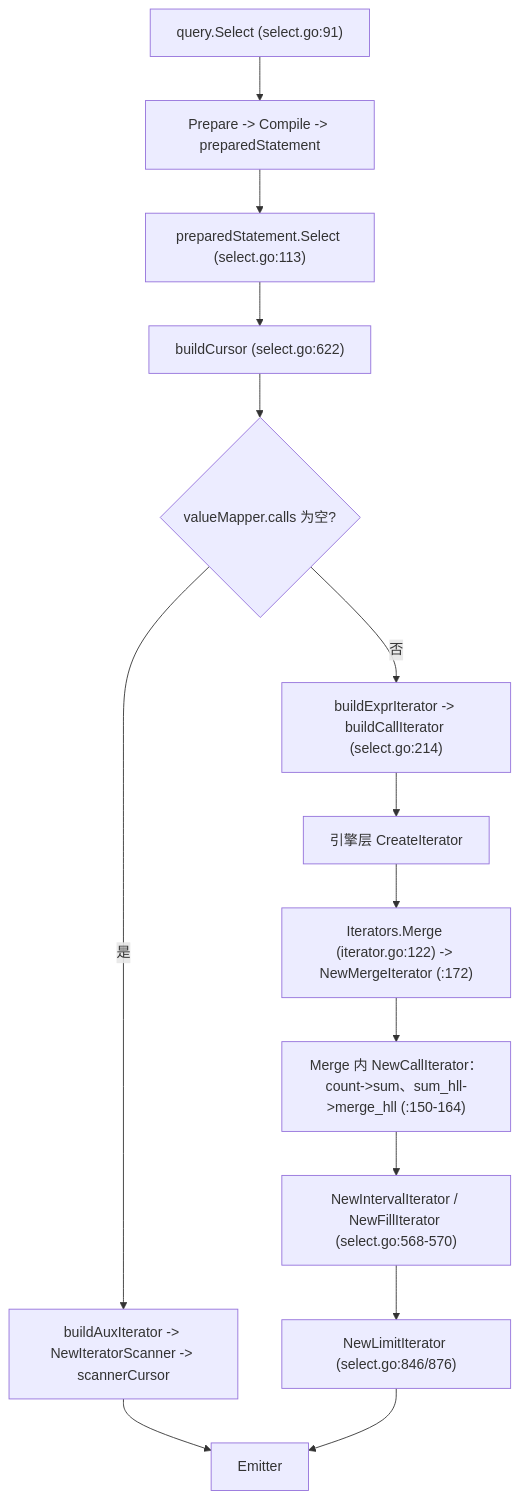
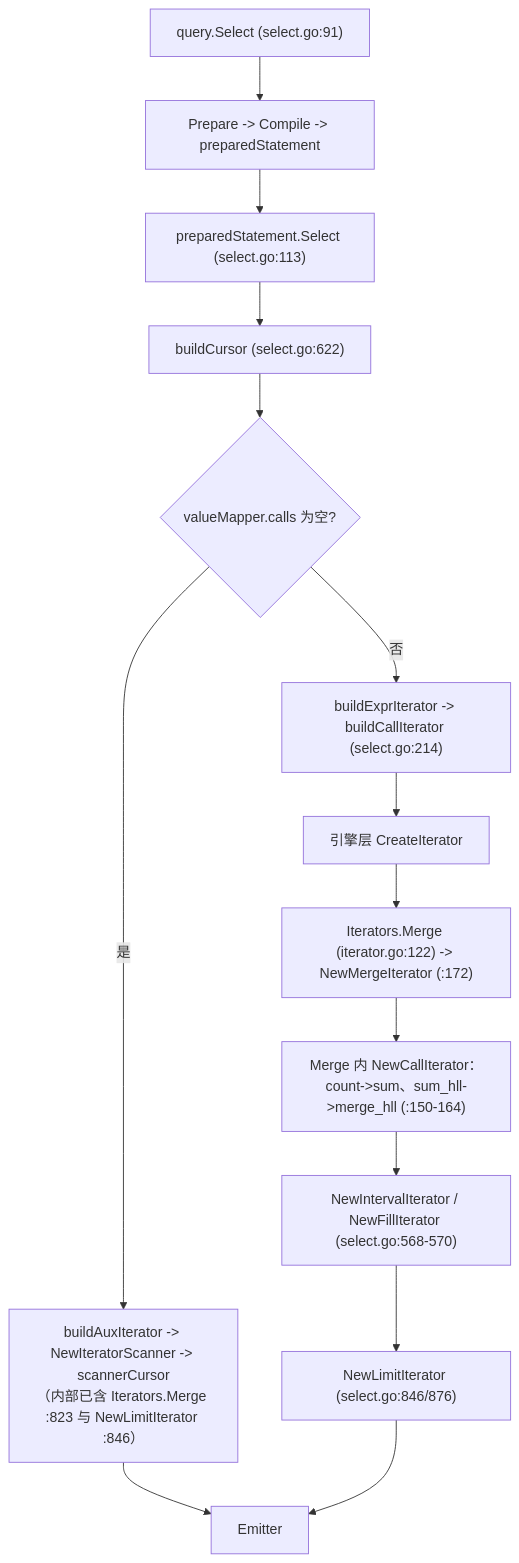
Before and after one commit to stefanv5/influxdb: the sixth of 9 diagrams in docs/specs/v1.8.10-vs-v1.12.3/03_query_engine_diff.md, drawn with Mermaid. The commit also changed other lines of this file and 16 other files, not shown here.

````diff
--- a/docs/specs/v1.8.10-vs-v1.12.3/03_query_engine_diff.md
+++ b/docs/specs/v1.8.10-vs-v1.12.3/03_query_engine_diff.md
@@ -1417,16 +1452,16 @@
 ```mermaid
 flowchart TB
     A["query.Select (select.go:91)"] --> B["Prepare -> Compile -> preparedStatement"]
     B --> C["preparedStatement.Select (select.go:113)"]
     C --> D["buildCursor (select.go:622)"]
     D --> E{"valueMapper.calls 为空?"}
-    E -->|"是"| F["buildAuxIterator -> NewIteratorScanner -> scannerCursor"]
+    E -->|"是"| F["buildAuxIterator -> NewIteratorScanner -> scannerCursor<br/>（内部已含 Iterators.Merge :823 与 NewLimitIterator :846）"]
     E -->|"否"| G["buildExprIterator -> buildCallIterator (select.go:214)"]
     G --> H["引擎层 CreateIterator"]
     H --> I["Iterators.Merge (iterator.go:122) -> NewMergeIterator (:172)"]
     I --> J["Merge 内 NewCallIterator：count->sum、sum_hll->merge_hll (:150-164)"]
     J --> K["NewIntervalIterator / NewFillIterator (select.go:568-570)"]
     K --> L["NewLimitIterator (select.go:846/876)"]
     F --> M["Emitter"]
     L --> M
 ```
````
